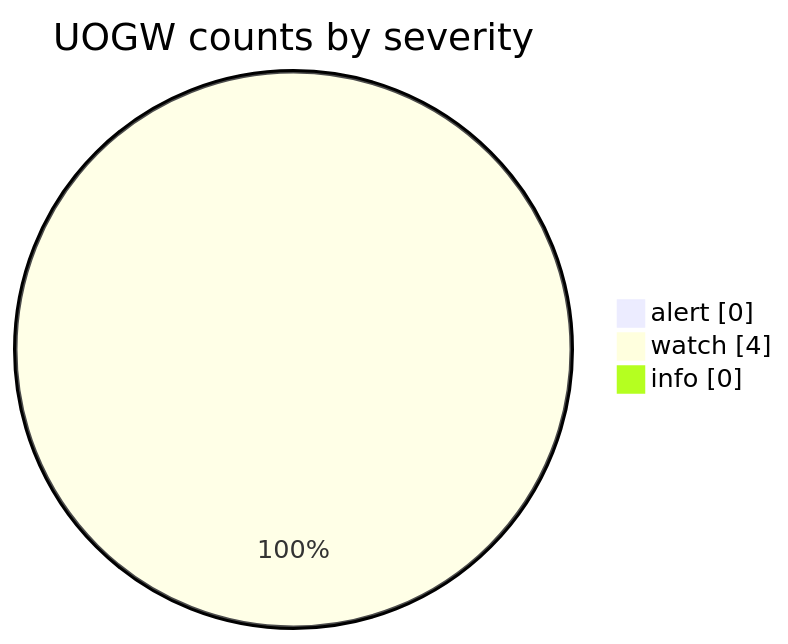
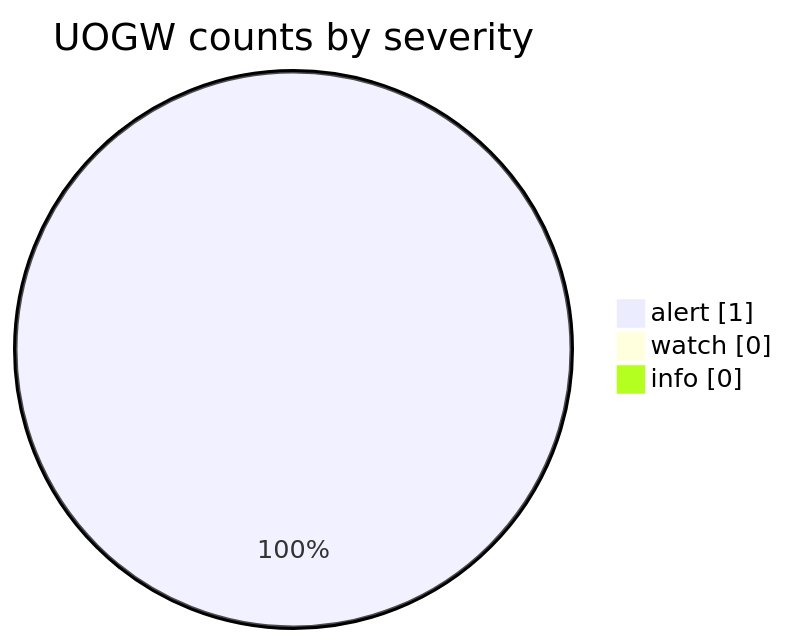
The fourth of 6 diagrams in docs/GRAPHS.md (Midwest-Stratospheric/aerostratospheric-defense-gir), drawn with Mermaid before and after one commit. The commit also changed other lines of this file and 26 other files, not shown here.

````diff
--- a/docs/GRAPHS.md
+++ b/docs/GRAPHS.md
@@ -66,7 +66,7 @@
 ```mermaid
 pie showData
   title UOGW counts by severity
-  "alert" : 0
-  "watch" : 4
+  "alert" : 1
+  "watch" : 0
   "info" : 0
 ```
````
